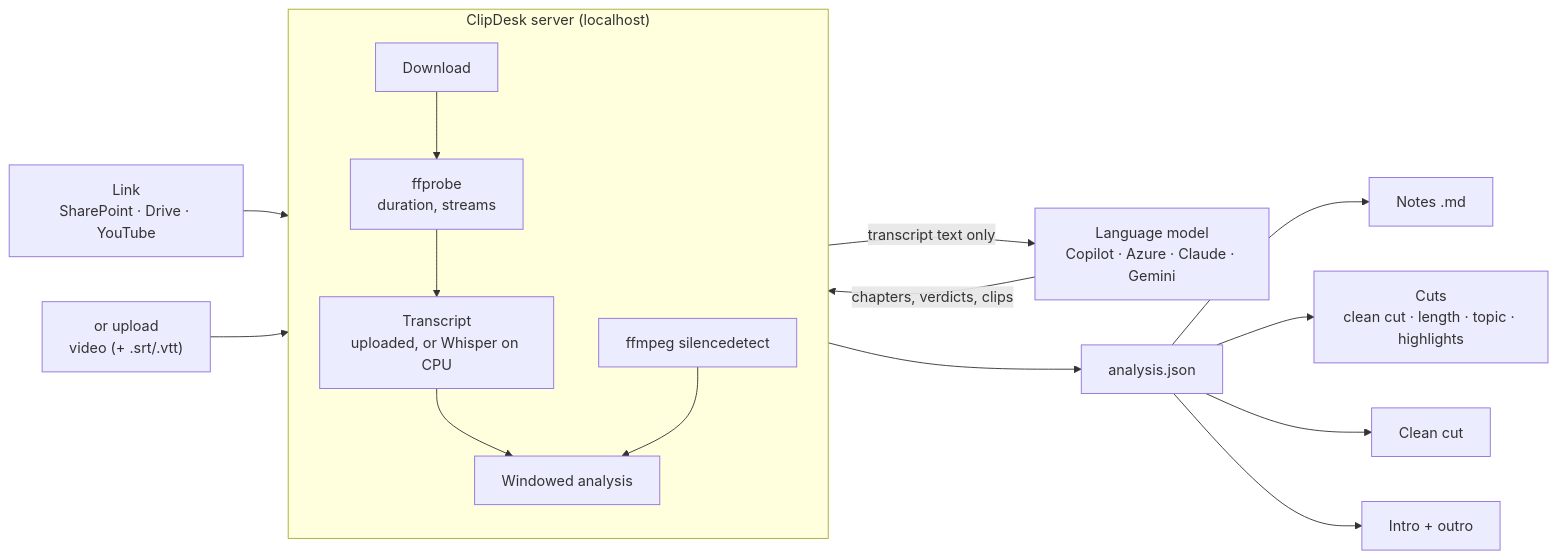
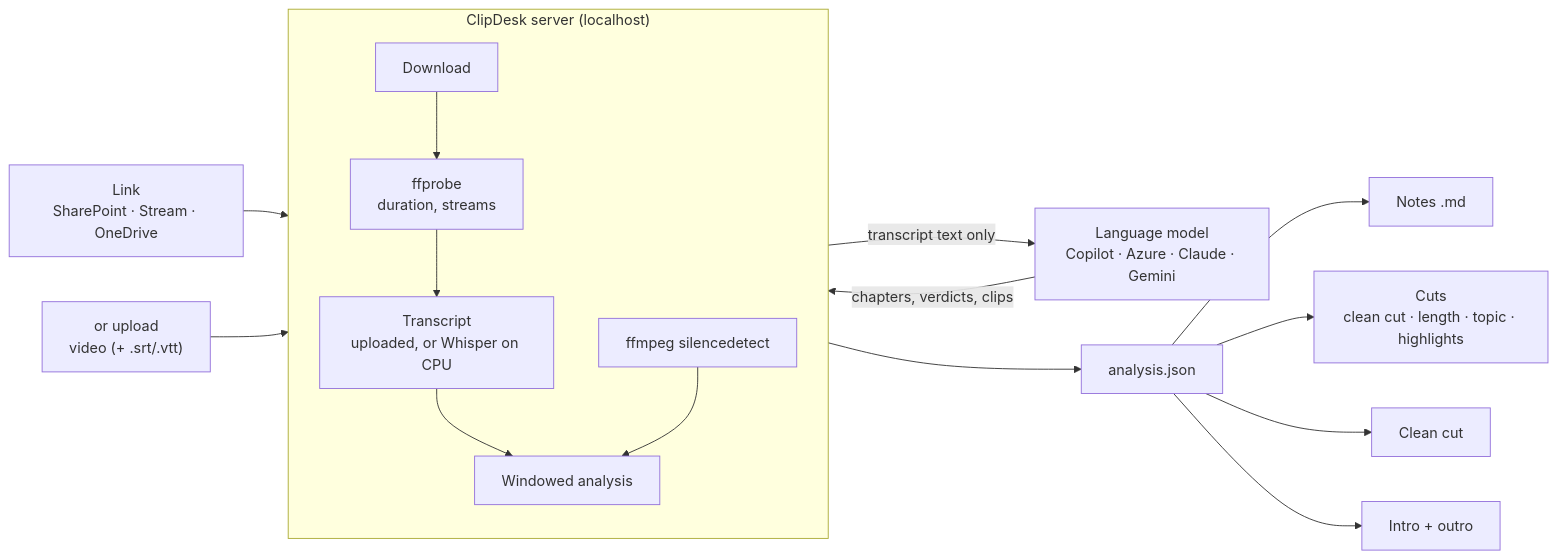
Before and after one commit to hichauhan-in/ClipDesk: the diagram in README.md, drawn with Mermaid. The commit also changed other lines of this file and 28 other files, not shown here.

Commit message:
added flows

````diff
--- a/README.md
+++ b/README.md
@@ -755,23 +734,23 @@
 ```mermaid
 flowchart LR
-    L["Link<br/>SharePoint · Drive · YouTube"] --> A
+  L["Link<br/>SharePoint · Stream · OneDrive"] --> A
     U["or upload<br/>video (+ .srt/.vtt)"] --> A
 
     subgraph A["ClipDesk server (localhost)"]
         direction TB
         D["Download"] --> P
         P["ffprobe<br/>duration, streams"] --> T
         T["Transcript<br/>uploaded, or Whisper on CPU"] --> W
         S["ffmpeg silencedetect"] --> W
         W["Windowed analysis"]
     end
 
     W -->|transcript text only| M["Language model<br/>Copilot · Azure · Claude · Gemini"]
     M -->|chapters, verdicts, clips| W
     W --> J["analysis.json"]
 
     J --> N["Notes .md"]
     J --> C["Cuts<br/>clean cut · length · topic · highlights"]
     J --> K["Clean cut"]
     J --> B["Intro + outro"]
 ```
````
